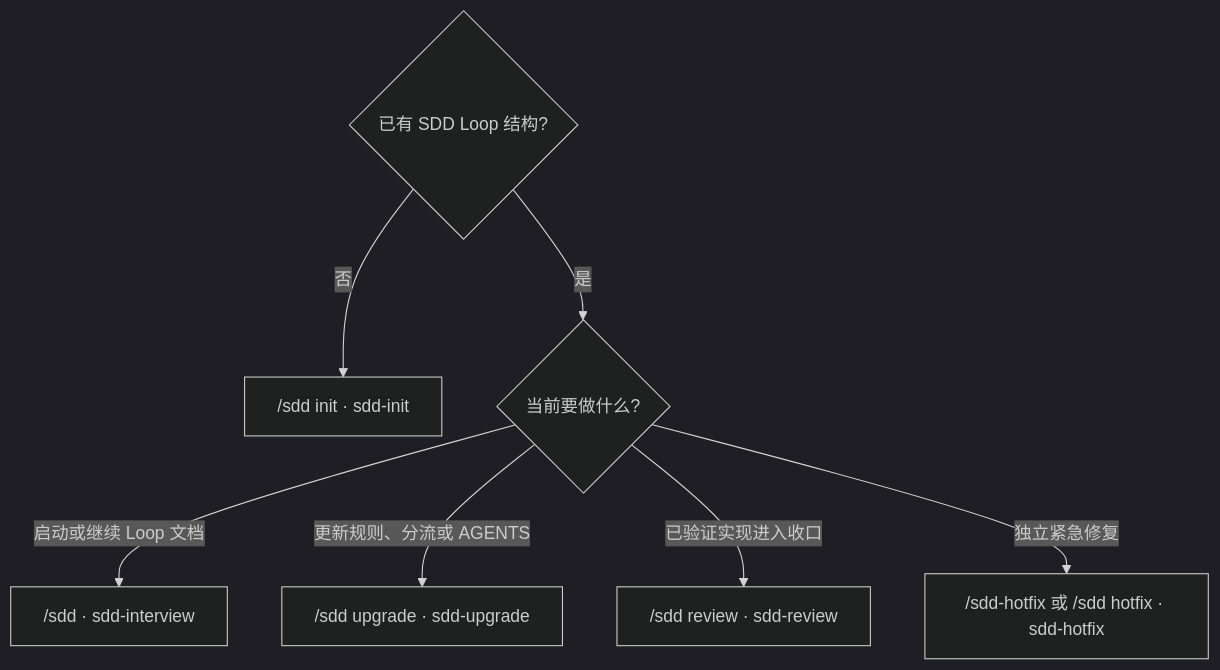
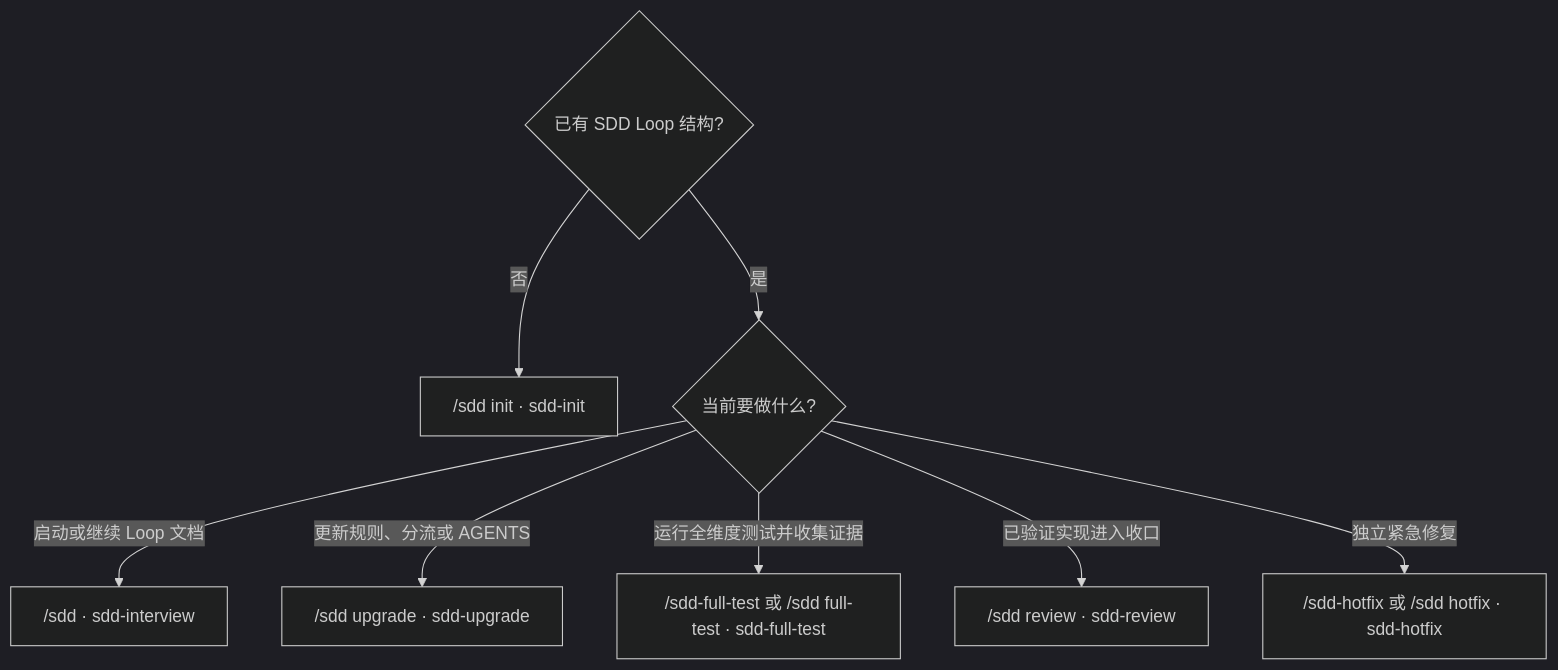
The third of 3 diagrams in README_zh.md (Roger0808/sdd-loop), drawn with Mermaid (dark theme) before and after one commit. The commit also changed other lines of this file and 15 other files, not shown here.

Commit message:
feat: add pluggable full-test evidence runner and protocol

````diff
--- a/README_zh.md
+++ b/README_zh.md
@@ -223,10 +225,11 @@
 ```mermaid
 flowchart TD
     A{已有 SDD Loop 结构?}
     A -- 否 --> I["/sdd init · sdd-init"]
     A -- 是 --> B{当前要做什么?}
     B -- 启动或继续 Loop 文档 --> N["/sdd · sdd-interview"]
     B -- 更新规则、分流或 AGENTS --> U["/sdd upgrade · sdd-upgrade"]
+    B -- 运行全维度测试并收集证据 --> T["/sdd-full-test 或 /sdd full-test · sdd-full-test"]
     B -- 已验证实现进入收口 --> R["/sdd review · sdd-review"]
     B -- 独立紧急修复 --> H["/sdd-hotfix 或 /sdd hotfix · sdd-hotfix"]
 ```
````
